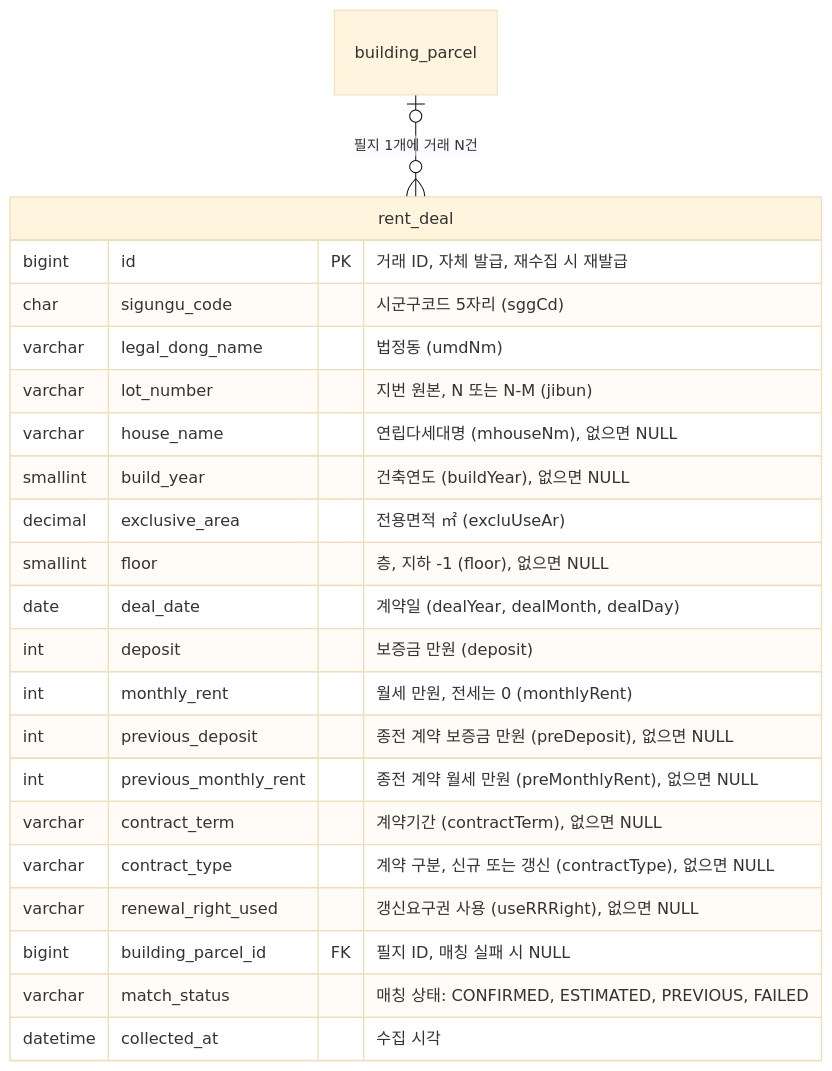
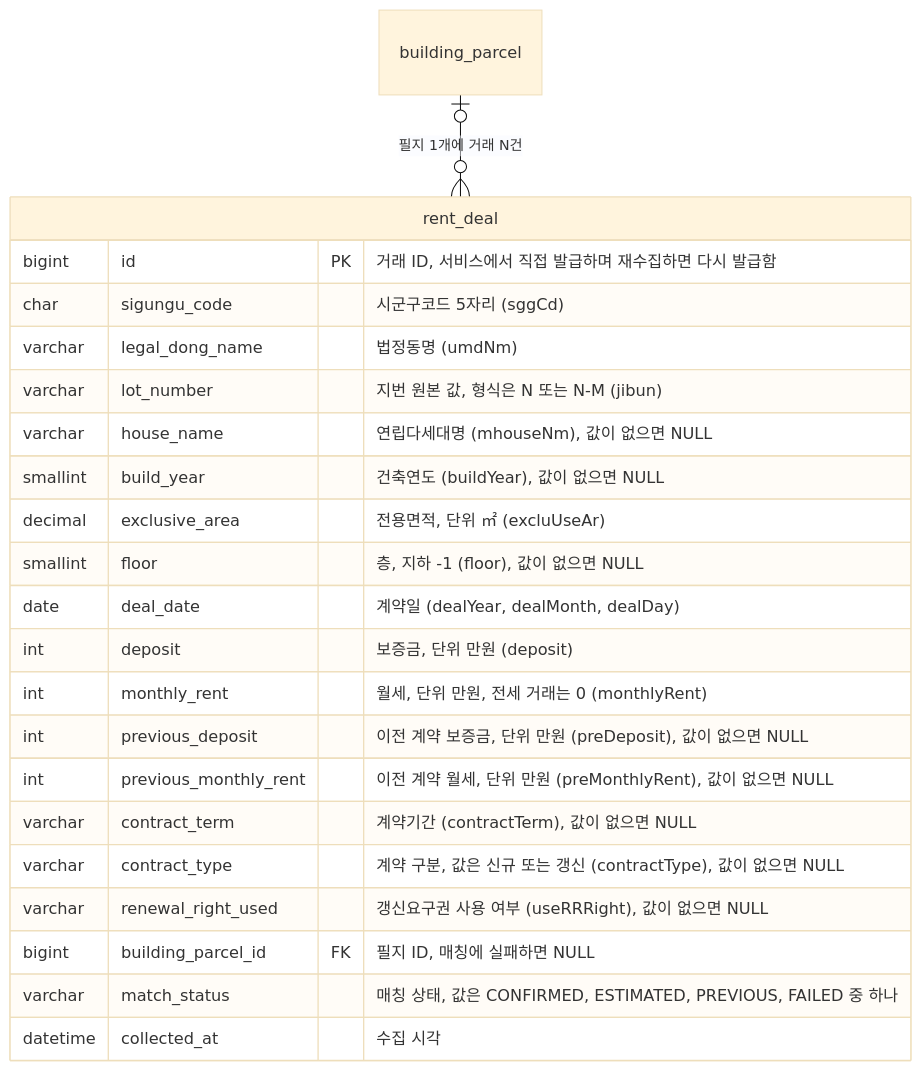
One commit to f-lab-edu/jipsee changed the sixth of 8 diagrams in docs/erd.md. Above: the diagram before and after it, drawn with Mermaid (base theme). The commit also changed other lines of this file and 5 other files, not shown here.

````diff
--- a/docs/erd.md
+++ b/docs/erd.md
@@ -133,25 +133,25 @@
 ```mermaid
 erDiagram
     building_parcel |o--o{ rent_deal : "필지 1개에 거래 N건"
     rent_deal {
-        bigint id PK "거래 ID, 자체 발급, 재수집 시 재발급"
+        bigint id PK "거래 ID, 서비스에서 직접 발급하며 재수집하면 다시 발급함"
         char sigungu_code "시군구코드 5자리 (sggCd)"
-        varchar legal_dong_name "법정동 (umdNm)"
-        varchar lot_number "지번 원본, N 또는 N-M (jibun)"
-        varchar house_name "연립다세대명 (mhouseNm), 없으면 NULL"
-        smallint build_year "건축연도 (buildYear), 없으면 NULL"
-        decimal exclusive_area "전용면적 ㎡ (excluUseAr)"
-        smallint floor "층, 지하 -1 (floor), 없으면 NULL"
+        varchar legal_dong_name "법정동명 (umdNm)"
+        varchar lot_number "지번 원본 값, 형식은 N 또는 N-M (jibun)"
+        varchar house_name "연립다세대명 (mhouseNm), 값이 없으면 NULL"
+        smallint build_year "건축연도 (buildYear), 값이 없으면 NULL"
+        decimal exclusive_area "전용면적, 단위 ㎡ (excluUseAr)"
+        smallint floor "층, 지하 -1 (floor), 값이 없으면 NULL"
         date deal_date "계약일 (dealYear, dealMonth, dealDay)"
-        int deposit "보증금 만원 (deposit)"
-        int monthly_rent "월세 만원, 전세는 0 (monthlyRent)"
-        int previous_deposit "종전 계약 보증금 만원 (preDeposit), 없으면 NULL"
-        int previous_monthly_rent "종전 계약 월세 만원 (preMonthlyRent), 없으면 NULL"
-        varchar contract_term "계약기간 (contractTerm), 없으면 NULL"
-        varchar contract_type "계약 구분, 신규 또는 갱신 (contractType), 없으면 NULL"
-        varchar renewal_right_used "갱신요구권 사용 (useRRRight), 없으면 NULL"
-        bigint building_parcel_id FK "필지 ID, 매칭 실패 시 NULL"
-        varchar match_status "매칭 상태: CONFIRMED, ESTIMATED, PREVIOUS, FAILED"
+        int deposit "보증금, 단위 만원 (deposit)"
+        int monthly_rent "월세, 단위 만원, 전세 거래는 0 (monthlyRent)"
+        int previous_deposit "이전 계약 보증금, 단위 만원 (preDeposit), 값이 없으면 NULL"
+        int previous_monthly_rent "이전 계약 월세, 단위 만원 (preMonthlyRent), 값이 없으면 NULL"
+        varchar contract_term "계약기간 (contractTerm), 값이 없으면 NULL"
+        varchar contract_type "계약 구분, 값은 신규 또는 갱신 (contractType), 값이 없으면 NULL"
+        varchar renewal_right_used "갱신요구권 사용 여부 (useRRRight), 값이 없으면 NULL"
+        bigint building_parcel_id FK "필지 ID, 매칭에 실패하면 NULL"
+        varchar match_status "매칭 상태, 값은 CONFIRMED, ESTIMATED, PREVIOUS, FAILED 중 하나"
         datetime collected_at "수집 시각"
     }
 ```
````
